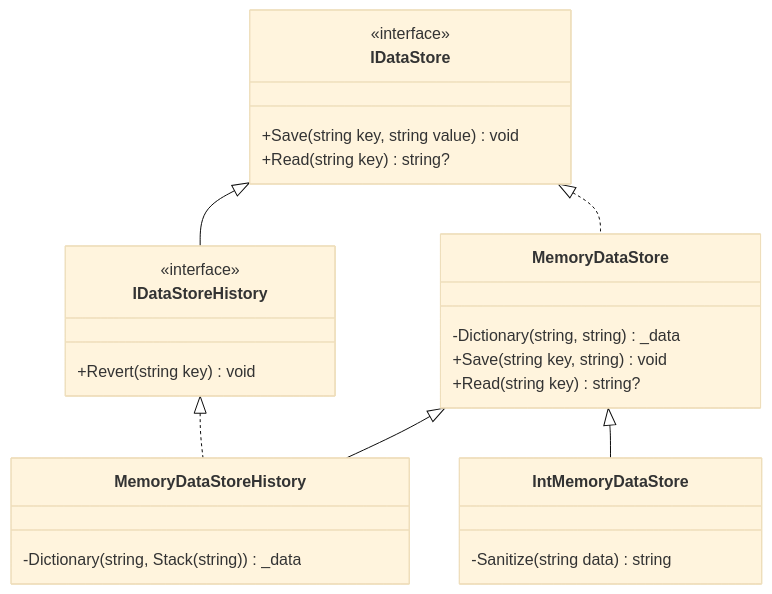
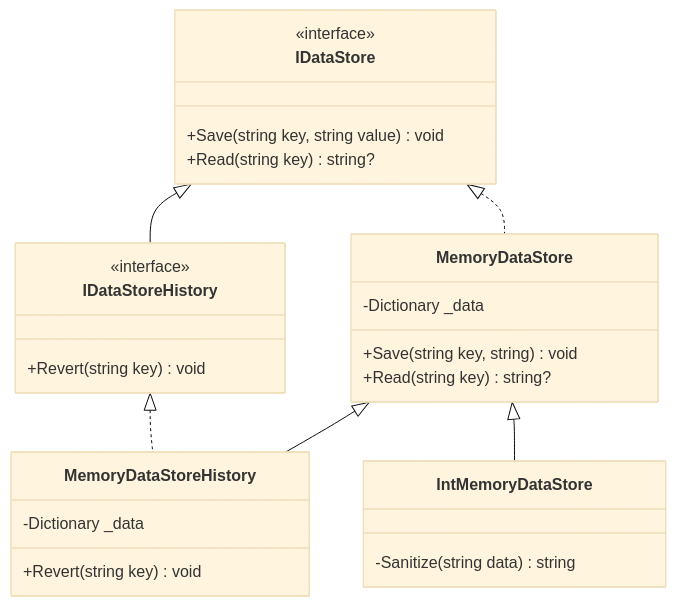
One commit to Raagam-Parmar/Behavioural-Subtyping changed the diagram in README.md. Above: the diagram before and after it, drawn with Mermaid (base theme).

Commit message:
Fix class diagram.

````diff
--- a/README.md
+++ b/README.md
@@ -97,34 +97,35 @@
 ```mermaid
 classDiagram
     class IDataStore {
         <<interface>>
         +Save(string key, string value) void
         +Read(string key) string?
     }
 
     class IDataStoreHistory {
         <<interface>>
         +Revert(string key) void
     }
 
     class MemoryDataStore {
-        -Dictionary(string, string) _data
+        -Dictionary _data
         +Save(string key, string) void
         +Read(string key) string?
     }
 
     class MemoryDataStoreHistory {
-        -Dictionary(string, Stack (string)) _data
+        -Dictionary _data
+        +Revert(string key) void
     }
 
     class IntMemoryDataStore {
         -Sanitize(string data) string
     }
 
     %% Relationships
     IDataStore <|-- IDataStoreHistory
     IDataStore <|.. MemoryDataStore
     IDataStoreHistory <|.. MemoryDataStoreHistory
     MemoryDataStore <|-- MemoryDataStoreHistory
     MemoryDataStore <|-- IntMemoryDataStore
 ```
````
